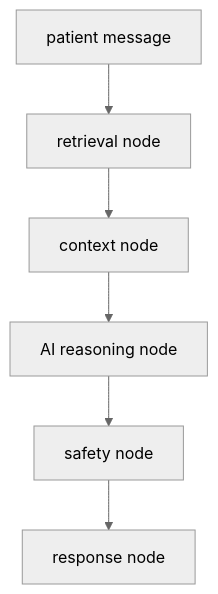
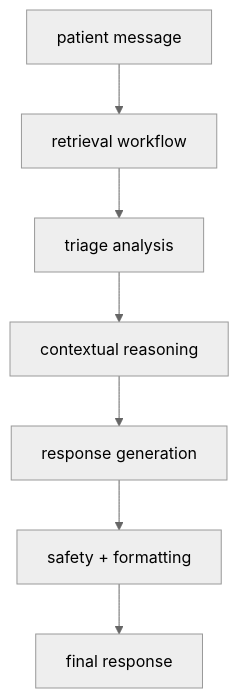
Before and after one commit to Dipurajasaha/DocTalk: diagram 14 of 19 in backend/backend.md, drawn with Mermaid (neutral theme). The commit also changed other lines of this file and 5 other files, not shown here.

````diff
--- a/backend/backend.md
+++ b/backend/backend.md
@@ -526,8 +705,9 @@
 ```mermaid
 flowchart TD
-    PM[patient message] --> RN[retrieval node]
-    RN --> CN[context node]
-    CN --> AI[AI reasoning node]
-    AI --> SN[safety node]
-    SN --> RESP[response node]
+    PM[patient message] --> RN[retrieval workflow]
+    RN --> TN[triage analysis]
+    TN --> CN[contextual reasoning]
+    CN --> AI[response generation]
+    AI --> SN[safety + formatting]
+    SN --> RESP[final response]
 ```
````
